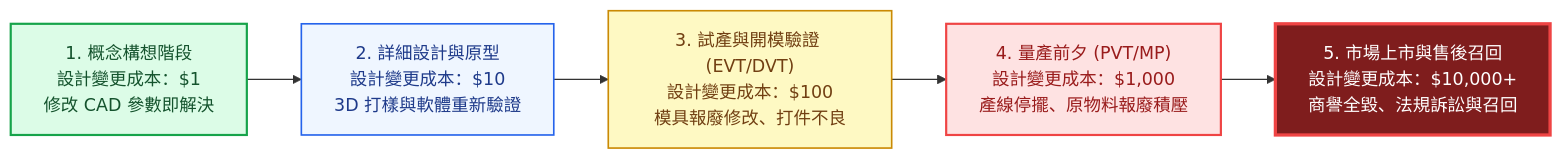
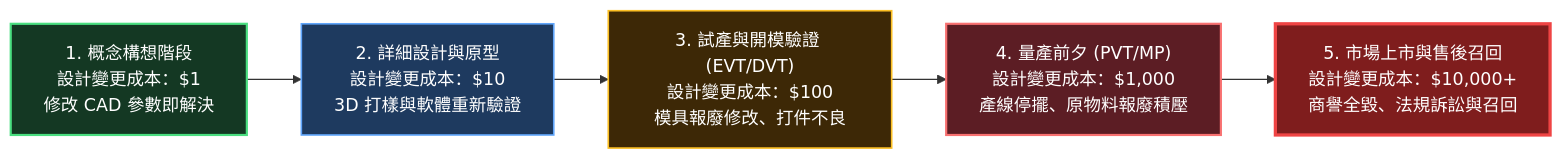
The first of 4 diagrams in src/site/notes/98_商業概念庫/dfm-design-for-manufacturability_可製造性設計.md (Jimlin0428/my-digital-garden), drawn with Mermaid before and after one commit. The commit also changed other lines of this file and 58 other files, not shown here.

````diff
--- a/src/site/notes/98_商業概念庫/dfm-design-for-manufacturability_可製造性設計.md
+++ b/src/site/notes/98_商業概念庫/dfm-design-for-manufacturability_可製造性設計.md
@@ -33,13 +33,13 @@
 ```mermaid
 flowchart LR
     S1["1. 概念構想階段<br>設計變更成本：$1<br>修改 CAD 參數即解決"] --> S2["2. 詳細設計與原型<br>設計變更成本：$10<br>3D 打樣與軟體重新驗證"]
     S2 --> S3["3. 試產與開模驗證 (EVT/DVT)<br>設計變更成本：$100<br>模具報廢修改、打件不良"]
     S3 --> S4["4. 量產前夕 (PVT/MP)<br>設計變更成本：$1,000<br>產線停擺、原物料報廢積壓"]
     S4 --> S5["5. 市場上市與售後召回<br>設計變更成本：$10,000+<br>商譽全毀、法規訴訟與召回"]
 
-    style S1 fill:#dcfce7,stroke:#16a34a,stroke-width:2px,color:#14532d
-    style S2 fill:#eff6ff,stroke:#2563eb,stroke-width:1.5px,color:#1e3a8a
-    style S3 fill:#fef9c3,stroke:#ca8a04,stroke-width:1.5px,color:#713f12
-    style S4 fill:#fee2e2,stroke:#ef4444,stroke-width:2px,color:#991b1b
+    style S1 fill:#143823,stroke:#4ade80,stroke-width:2px,color:#ffffff
+    style S2 fill:#1e3a5f,stroke:#60a5fa,stroke-width:1.5px,color:#ffffff
+    style S3 fill:#3d2806,stroke:#fbbf24,stroke-width:1.5px,color:#ffffff
+    style S4 fill:#5c1d24,stroke:#f87171,stroke-width:2px,color:#ffffff
     style S5 fill:#7f1d1d,stroke:#ef4444,stroke-width:3px,color:#ffffff
 ```
````
